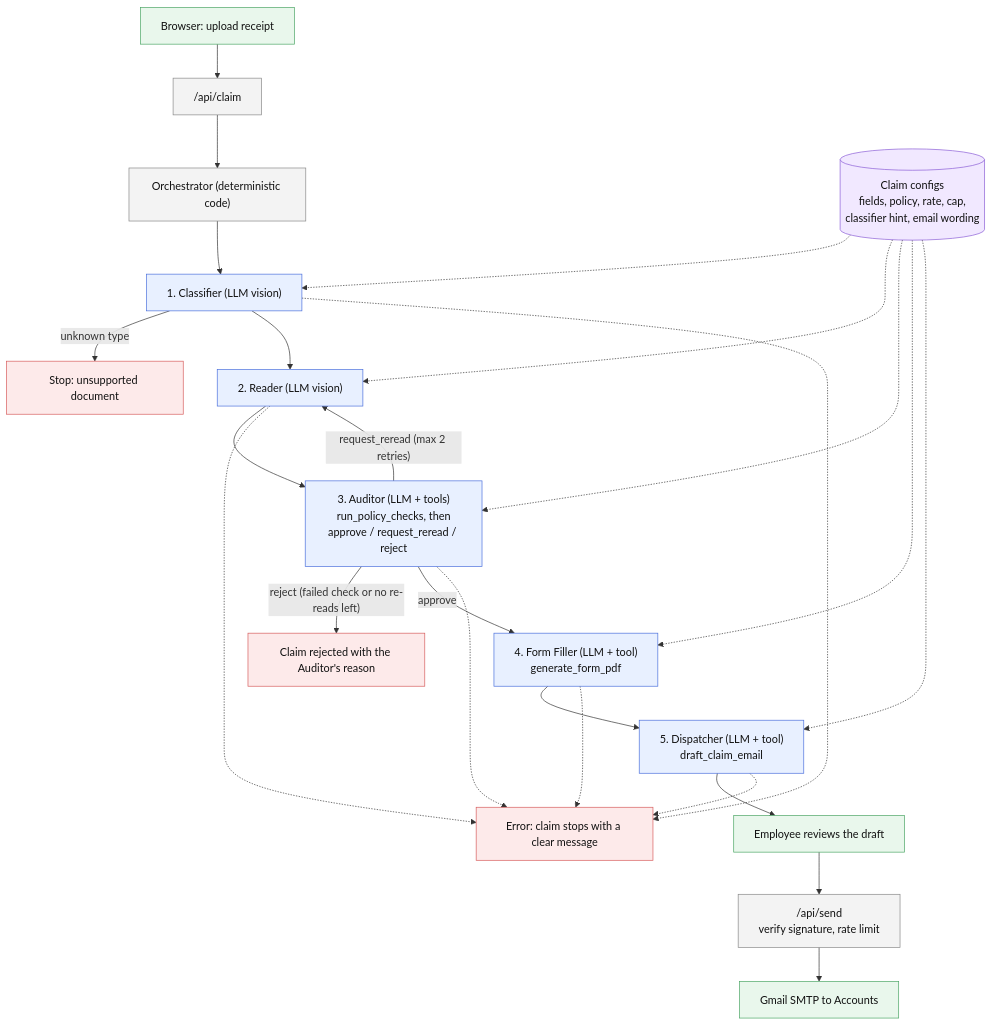
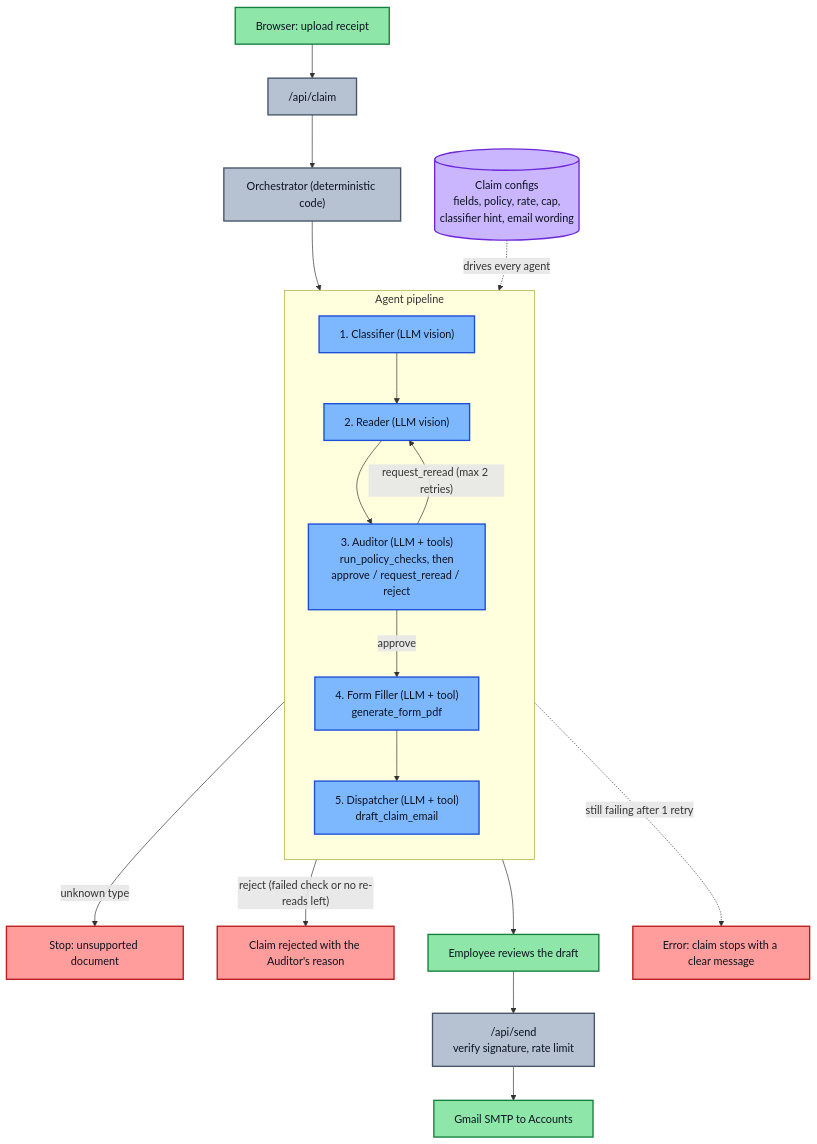
Before and after one commit to ahmad-mushtaq-ahmad-777/claim-crew: the diagram in README.md, drawn with Mermaid. The commit also changed other lines of this file, not shown here.

Commit message:
Updated the architecture diagram colors and layout

````diff
--- a/README.md
+++ b/README.md
@@ -17,43 +17,42 @@
 ```mermaid
 flowchart TD
     U["Browser: upload receipt"] --> API["/api/claim"]
     API --> ORCH["Orchestrator (deterministic code)"]
 
     CFG[("Claim configs<br/>fields, policy, rate, cap,<br/>classifier hint, email wording")]
 
-    ORCH --> C["1. Classifier (LLM vision)"]
+    subgraph AGENTS["Agent pipeline"]
+        direction TB
+        C["1. Classifier (LLM vision)"]
+        R["2. Reader (LLM vision)"]
+        A["3. Auditor (LLM + tools)<br/>run_policy_checks, then<br/>approve / request_reread / reject"]
+        F["4. Form Filler (LLM + tool)<br/>generate_form_pdf"]
+        D["5. Dispatcher (LLM + tool)<br/>draft_claim_email"]
+    end
+
+    ORCH --> C
     C -- "unknown type" --> STOP["Stop: unsupported document"]
-    C --> R["2. Reader (LLM vision)"]
-    R --> A["3. Auditor (LLM + tools)<br/>run_policy_checks, then<br/>approve / request_reread / reject"]
+    C --> R
+    R --> A
     A -- "request_reread (max 2 retries)" --> R
     A -- "reject (failed check or no re-reads left)" --> REJ["Claim rejected with the Auditor's reason"]
-    A -- approve --> F["4. Form Filler (LLM + tool)<br/>generate_form_pdf"]
-    F --> D["5. Dispatcher (LLM + tool)<br/>draft_claim_email"]
+    A -- approve --> F
+    F --> D
     D --> REVIEW["Employee reviews the draft"]
     REVIEW --> SEND["/api/send<br/>verify signature, rate limit"]
     SEND --> MAIL["Gmail SMTP to Accounts"]
 
-    ERR["Error: claim stops with a clear message"]
-    C -.-> ERR
-    R -.-> ERR
-    A -.-> ERR
-    F -.-> ERR
-    D -.-> ERR
+    AGENTS -. "still failing after 1 retry" .-> ERR["Error: claim stops with a clear message"]
+    CFG -. "drives every agent" .-> AGENTS
 
-    CFG -.-> C
-    CFG -.-> R
-    CFG -.-> A
-    CFG -.-> F
-    CFG -.-> D
-
-    classDef llm fill:#e8f0ff,stroke:#4a6fdc,color:#111;
-    classDef code fill:#f3f3f3,stroke:#888,color:#111;
-    classDef data fill:#f1e8ff,stroke:#8a5cd6,color:#111;
-    classDef stop fill:#fdeaea,stroke:#d65c5c,color:#111;
-    classDef user fill:#e9f7ec,stroke:#4aa564,color:#111;
+    classDef llm fill:#7db8ff,stroke:#1d4ed8,stroke-width:2px,color:#0b1220;
+    classDef code fill:#b6c2d1,stroke:#475569,stroke-width:2px,color:#0b1220;
+    classDef data fill:#c9b6ff,stroke:#6d28d9,stroke-width:2px,color:#0b1220;
+    classDef stop fill:#ff9d9d,stroke:#b91c1c,stroke-width:2px,color:#0b1220;
+    classDef user fill:#8ee6a8,stroke:#15803d,stroke-width:2px,color:#0b1220;
     class C,R,A,F,D llm;
     class ORCH,API,SEND code;
     class CFG data;
     class STOP,REJ,ERR stop;
     class U,REVIEW,MAIL user;
 ```
````
